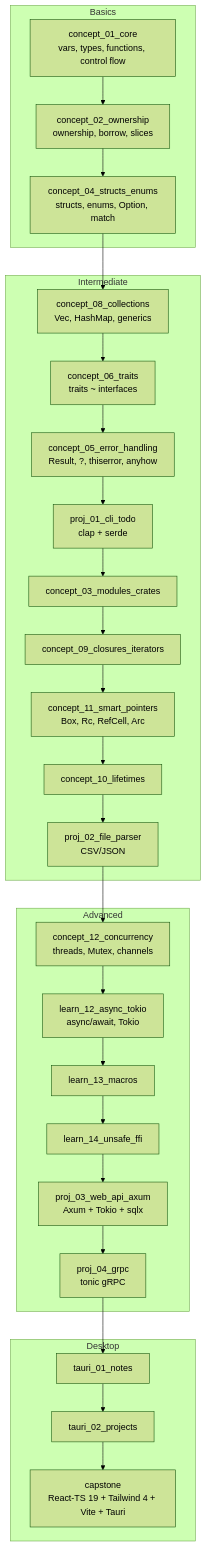
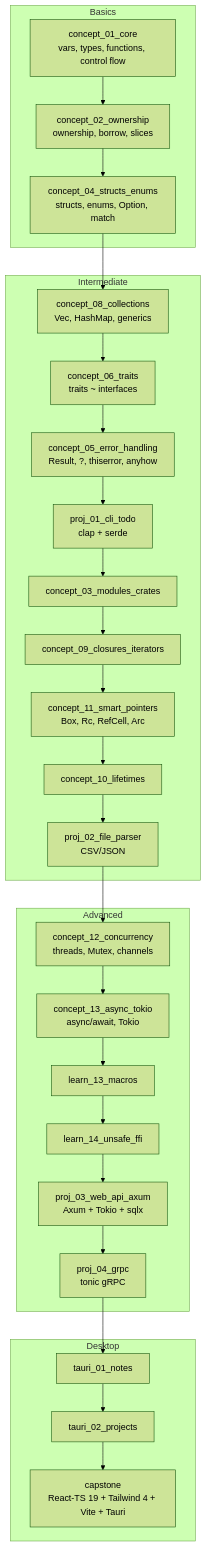
Before and after one commit to devravinder/learn-rust: the diagram in README.md, drawn with Mermaid (forest theme). The commit also changed 9 other files, not shown here.

Commit message:
feat: async with tokio

````diff
--- a/README.md
+++ b/README.md
@@ -43,31 +43,31 @@
 ```mermaid
 graph TD
     subgraph Basics
         A[concept_01_core<br/>vars, types, functions, control flow] --> B[concept_02_ownership<br/>ownership, borrow, slices]
         B --> C[concept_04_structs_enums<br/>structs, enums, Option, match]
     end
     subgraph Intermediate
         C --> D[concept_08_collections<br/>Vec, HashMap, generics]
         D --> E[concept_06_traits<br/>traits ~ interfaces]
         E --> F[concept_05_error_handling<br/>Result, ?, thiserror, anyhow]
         F --> P1[proj_01_cli_todo<br/>clap + serde]
         P1 --> G[concept_03_modules_crates]
         G --> H[concept_09_closures_iterators]
         H --> I[concept_11_smart_pointers<br/>Box, Rc, RefCell, Arc]
         I --> J[concept_10_lifetimes]
         J --> P2[proj_02_file_parser<br/>CSV/JSON]
     end
     subgraph Advanced
         P2 --> K[concept_12_concurrency<br/>threads, Mutex, channels]
-        K --> L[learn_12_async_tokio<br/>async/await, Tokio]
+        K --> L[concept_13_async_tokio<br/>async/await, Tokio]
         L --> M[learn_13_macros]
         M --> N[learn_14_unsafe_ffi]
         N --> P3[proj_03_web_api_axum<br/>Axum + Tokio + sqlx]
         P3 --> P4[proj_04_grpc<br/>tonic gRPC]
     end
     subgraph Desktop
         P4 --> T1[tauri_01_notes]
         T1 --> T2[tauri_02_projects]
         T2 --> CAP[capstone<br/>React-TS 19 + Tailwind 4 + Vite + Tauri]
     end
 ```
````
